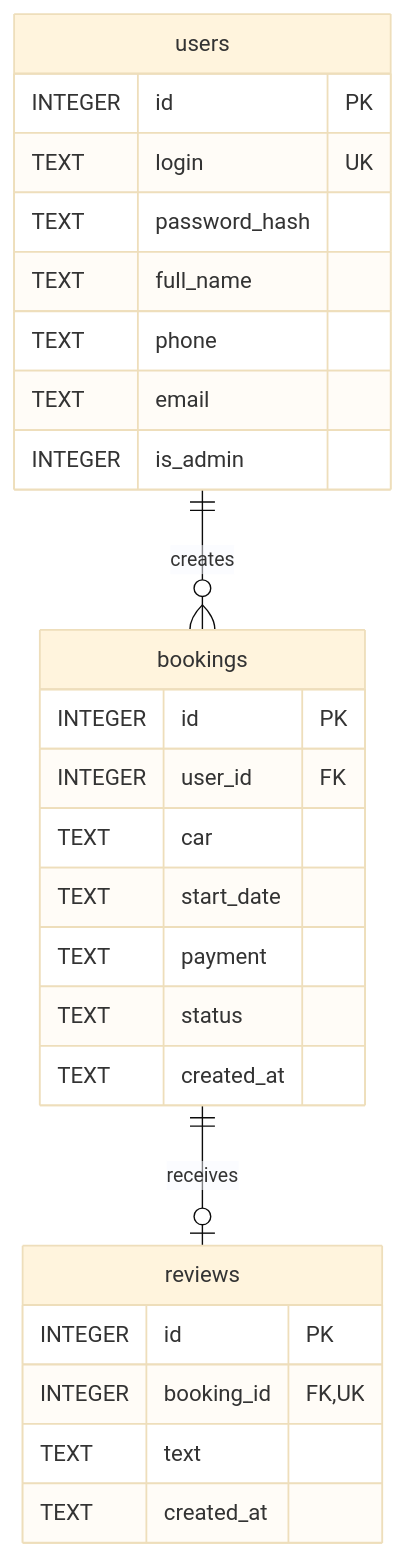
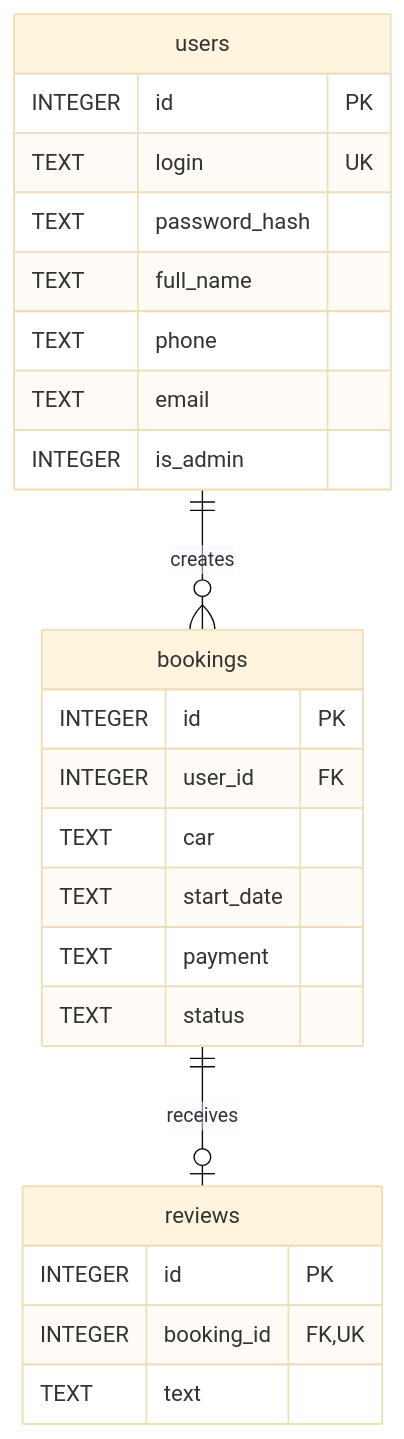
Before and after one commit to somnia-somnia/demo-exam-variant-3: the diagram in docs/er.mmd, drawn with Mermaid (base theme). The commit also changed 40 other files, not shown here.

```diff
--- a/docs/er.mmd
+++ b/docs/er.mmd
@@ -1,27 +1,25 @@
 erDiagram
     users ||--o{ bookings : creates
     bookings ||--o| reviews : receives
     users {
         INTEGER id PK
         TEXT login UK
         TEXT password_hash
         TEXT full_name
         TEXT phone
         TEXT email
         INTEGER is_admin
     }
     bookings {
         INTEGER id PK
         INTEGER user_id FK
         TEXT car
         TEXT start_date
         TEXT payment
         TEXT status
-        TEXT created_at
     }
     reviews {
         INTEGER id PK
         INTEGER booking_id FK,UK
         TEXT text
-        TEXT created_at
     }
```
